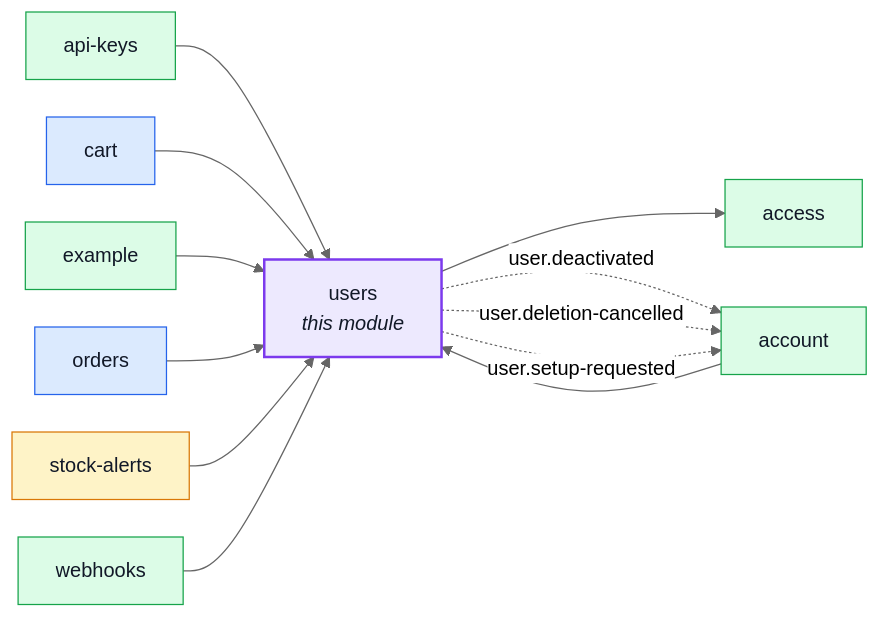
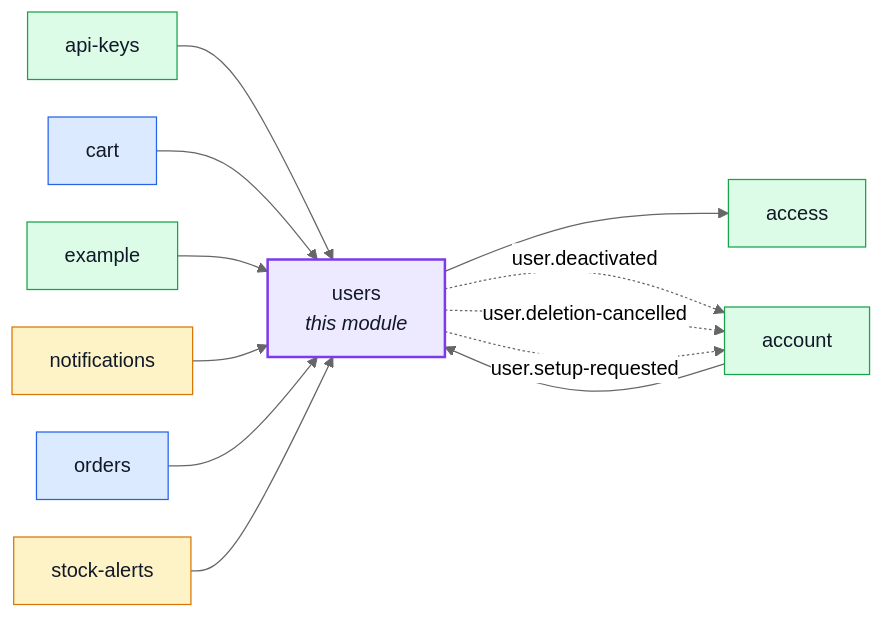
One commit to Guebbit/boilerplate-node-backend changed the first of 3 diagrams in docs/modules/users.md. Above: the diagram before and after it, drawn with Mermaid (neutral theme). The commit also changed other lines of this file and 60 other files, not shown here.

````diff
--- a/docs/modules/users.md
+++ b/docs/modules/users.md
@@ -16,34 +16,34 @@
 ```mermaid
 %%{init: {'flowchart': {'nodeSpacing': 30, 'rankSpacing': 60}}}%%
 flowchart LR
     users["users<br/><i>this module</i>"]
     access["access"]
     account["account"]
     api_keys["api-keys"]
     cart["cart"]
     example["example"]
+    notifications["notifications"]
     orders["orders"]
     stock_alerts["stock-alerts"]
-    webhooks["webhooks"]
 
     account --> users
     api_keys --> users
     cart --> users
     example --> users
+    notifications --> users
     orders --> users
     stock_alerts --> users
-    webhooks --> users
     users --> access
     users -. "user.deactivated" .-> account
     users -. "user.deletion-cancelled" .-> account
     users -. "user.setup-requested" .-> account
 
     classDef core fill:#dbeafe,stroke:#2563eb,color:#111827;
     classDef supporting fill:#fef3c7,stroke:#d97706,color:#111827;
     classDef generic fill:#dcfce7,stroke:#16a34a,color:#111827;
     classDef centre fill:#ede9fe,stroke:#7c3aed,stroke-width:2px,color:#111827;
     class cart,orders core;
-    class stock_alerts supporting;
-    class access,account,api_keys,example,webhooks generic;
+    class notifications,stock_alerts supporting;
+    class access,account,api_keys,example generic;
     class users centre;
 ```
````
